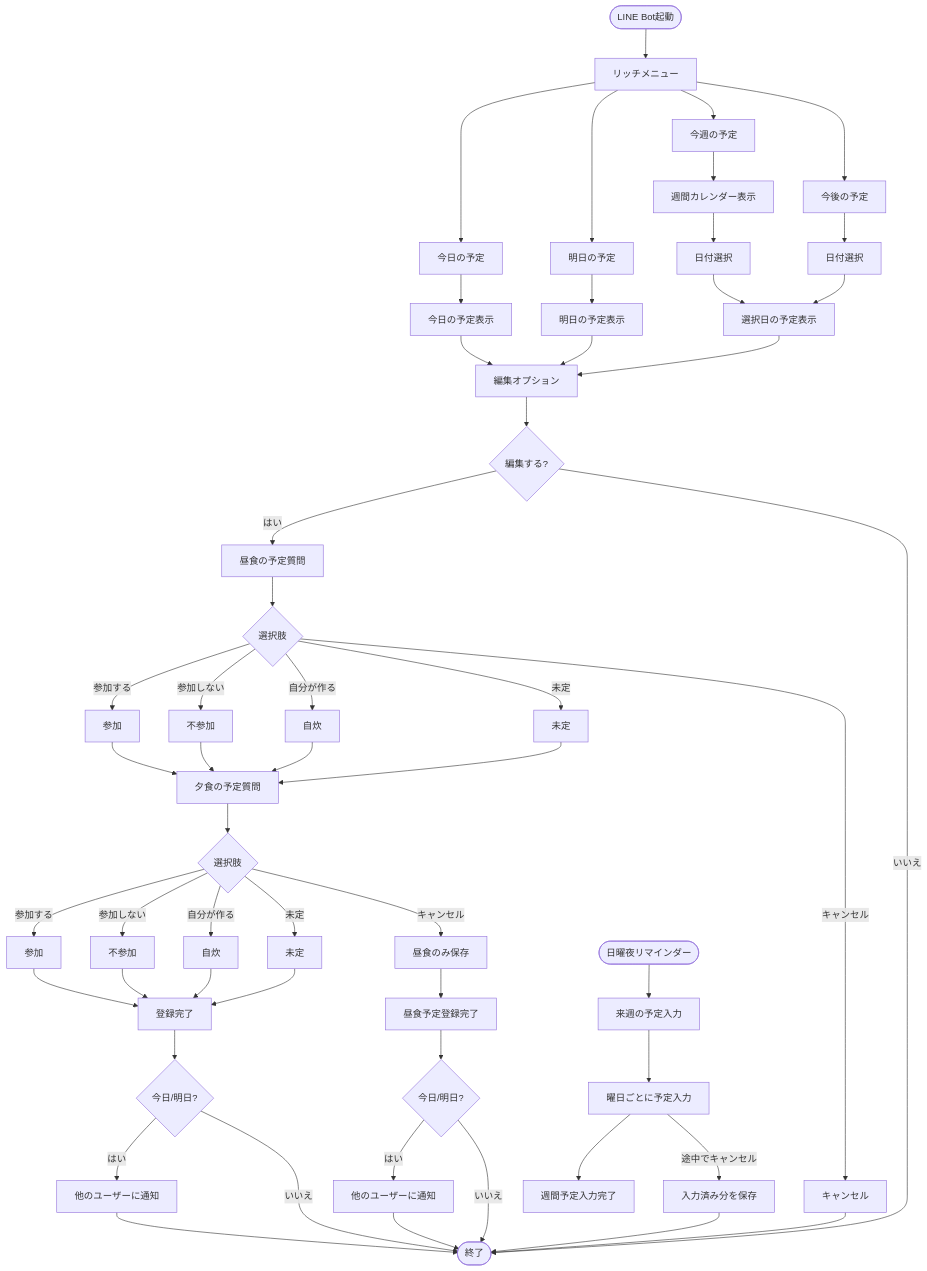
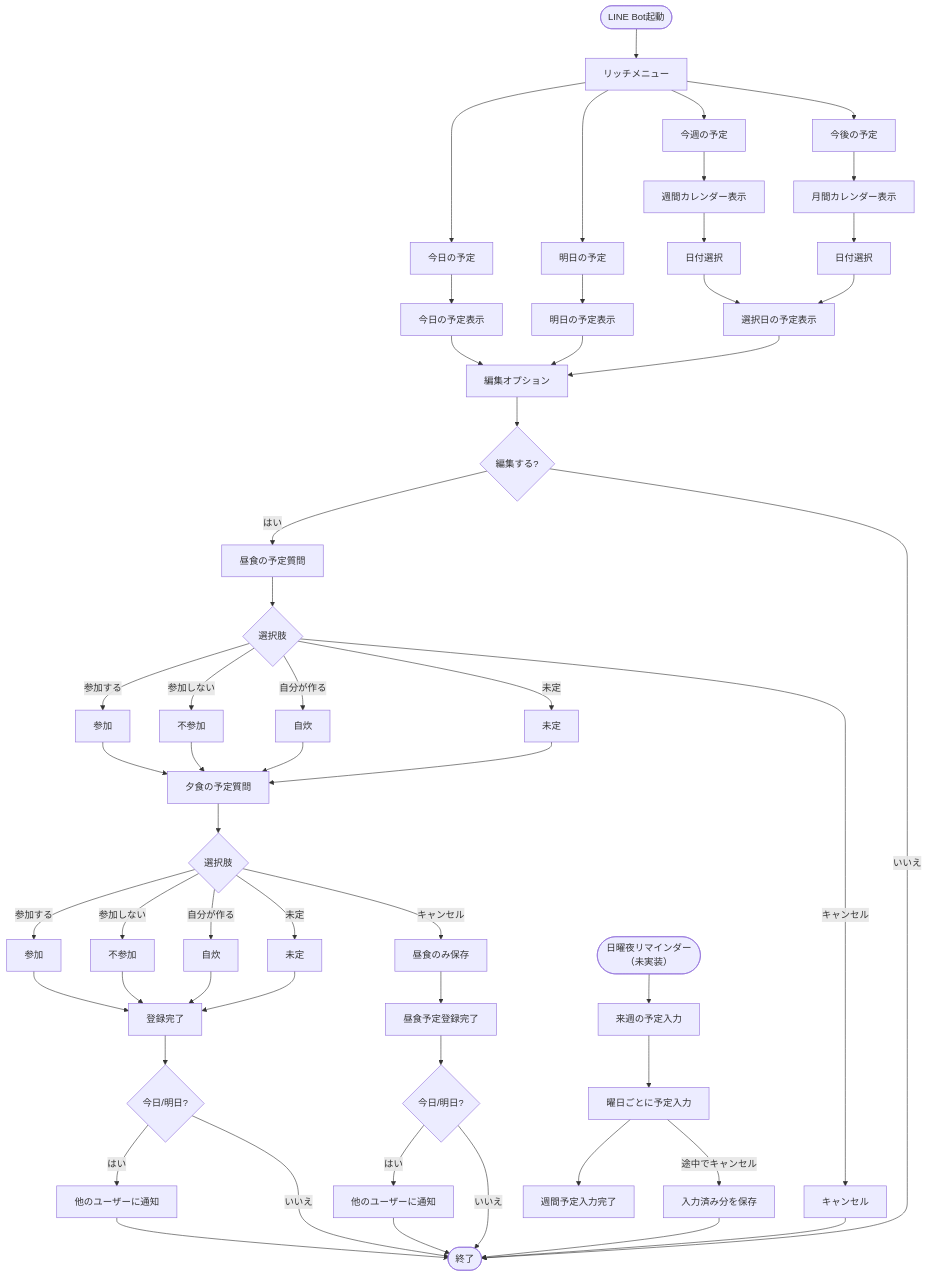
Before and after one commit to oginoshikibu/personal-linebot-hono: the diagram in docs/user_flow.md, drawn with Mermaid. The commit also changed other lines of this file and 1 other file, not shown here.

Commit message:
ユーザーフロードキュメントと実装の整合性を修正

````diff
--- a/docs/user_flow.md
+++ b/docs/user_flow.md
@@ -9,74 +9,75 @@
 ```mermaid
 flowchart TD
     Start([LINE Bot起動]) --> RichMenu[リッチメニュー]
     
     %% リッチメニューの主要項目
     RichMenu --> Today[今日の予定]
     RichMenu --> Tomorrow[明日の予定]
     RichMenu --> ThisWeek[今週の予定]
     RichMenu --> Future[今後の予定]
     
     %% 直接アクセスフロー（予定表示）
     Today --> ShowToday[今日の予定表示]
     Tomorrow --> ShowTomorrow[明日の予定表示]
     ThisWeek --> ShowWeek[週間カレンダー表示]
-    Future --> DateSelectView[日付選択]
+    Future --> DateSelectView[月間カレンダー表示]
     
     ShowWeek --> SelectDateFromWeek[日付選択]
-    DateSelectView --> ShowDate[選択日の予定表示]
-    SelectDateFromWeek --> ShowDate
+    DateSelectView --> SelectDateFromMonth[日付選択]
+    SelectDateFromWeek --> ShowDate[選択日の予定表示]
+    SelectDateFromMonth --> ShowDate
     
     %% 予定表示後の編集オプション
     ShowToday --> EditOption[編集オプション]
     ShowTomorrow --> EditOption
     ShowDate --> EditOption
     
     EditOption --> EditChoice{編集する?}
     EditChoice -->|はい| LunchQ[昼食の予定質問]
     EditChoice -->|いいえ| End([終了])
     
     %% 編集フロー（時間軸選択なし）
     LunchQ --> LunchChoice{選択肢}
     LunchChoice -->|参加する| LunchAttend[参加]
     LunchChoice -->|参加しない| LunchAbsent[不参加]
     LunchChoice -->|自分が作る| LunchCook[自炊]
     LunchChoice -->|未定| LunchUndecided[未定]
     LunchChoice -->|キャンセル| Cancel1[キャンセル]
     
     Cancel1 --> End
     
     LunchAttend --> DinnerQ[夕食の予定質問]
     LunchAbsent --> DinnerQ
     LunchCook --> DinnerQ
     LunchUndecided --> DinnerQ
     
     DinnerQ --> DinnerChoice{選択肢}
     DinnerChoice -->|参加する| DinnerAttend[参加]
     DinnerChoice -->|参加しない| DinnerAbsent[不参加]
     DinnerChoice -->|自分が作る| DinnerCook[自炊]
     DinnerChoice -->|未定| DinnerUndecided[未定]
     DinnerChoice -->|キャンセル| SaveLunchOnly[昼食のみ保存]
     
     DinnerAttend --> Complete[登録完了]
     DinnerAbsent --> Complete
     DinnerCook --> Complete
     DinnerUndecided --> Complete
     
     SaveLunchOnly --> Notify2[昼食予定登録完了]
     Notify2 --> CheckToday2{今日/明日?}
     CheckToday2 -->|はい| NotifyOthers2[他のユーザーに通知]
     CheckToday2 -->|いいえ| End
     NotifyOthers2 --> End
     
     Complete --> CheckToday{今日/明日?}
     CheckToday -->|はい| NotifyOthers[他のユーザーに通知]
     CheckToday -->|いいえ| End
     NotifyOthers --> End
     
-    %% 週間予定入力リマインダー（日曜夜）
-    WeeklyReminder([日曜夜リマインダー]) --> PlanNextWeek[来週の予定入力]
+    %% 週間予定入力リマインダー（日曜夜）- 未実装
+    WeeklyReminder([日曜夜リマインダー\n（未実装）]) --> PlanNextWeek[来週の予定入力]
     PlanNextWeek --> WeeklyPlanning[曜日ごとに予定入力]
     WeeklyPlanning --> WeeklyComplete[週間予定入力完了]
     WeeklyPlanning -->|途中でキャンセル| PartialSave[入力済み分を保存]
     PartialSave --> End
 ```
````
